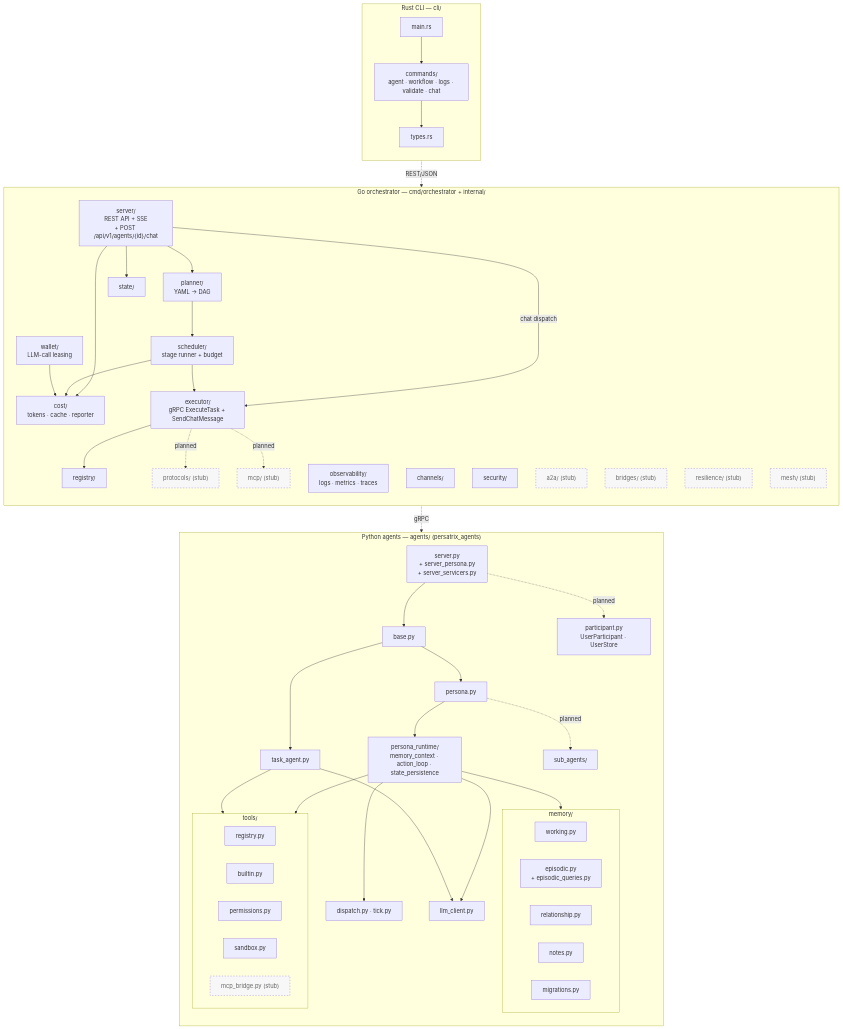
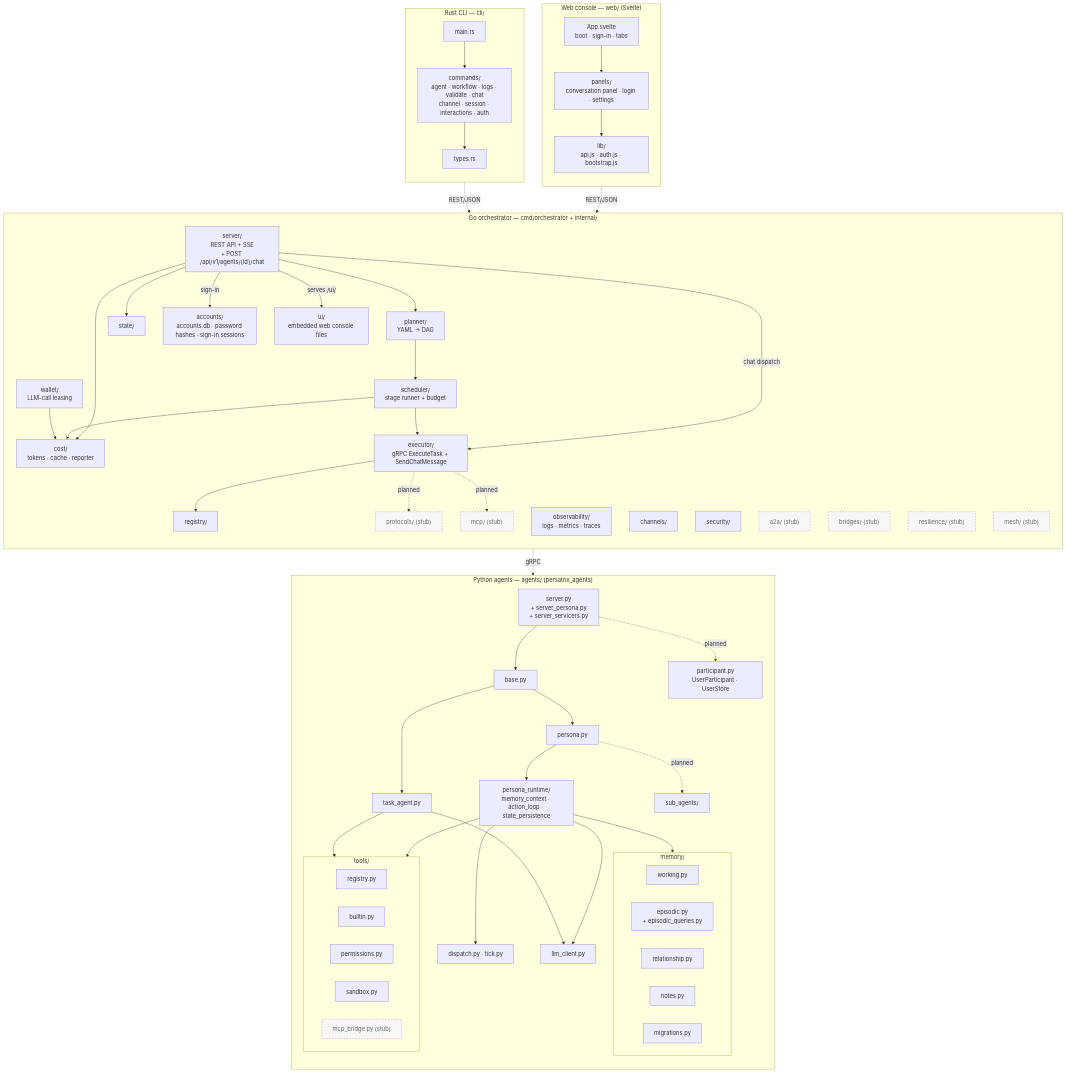
Before and after one commit to mkhomutov/Persatrix: the diagram in docs/diagrams/component-architecture.md, drawn with Mermaid. The commit also changed other lines of this file and 3 other files, not shown here.

First line of the commit message:
docs(diagrams): draw accounts, the web console, the wallet and CLI commands

```diff
--- a/docs/diagrams/component-architecture.md
+++ b/docs/diagrams/component-architecture.md
@@ -9,10 +9,19 @@
     subgraph Rust["Rust CLI — cli/"]
         direction TB
         MAIN["main.rs"]
-        CMD["commands/<br/>agent · workflow · logs · validate · chat"]
+        CMD["commands/<br/>agent · workflow · logs · validate · chat<br/>channel · session · interactions · auth"]
         TYPES["types.rs"]
         MAIN --> CMD
         CMD --> TYPES
+    end
+
+    subgraph Web["Web console — web/ (Svelte)"]
+        direction TB
+        WAPP["App.svelte<br/>boot · sign-in · tabs"]
+        WPANELS["panels/<br/>conversation panel · login · settings"]
+        WLIB["lib/<br/>api.js · auth.js · bootstrap.js"]
+        WAPP --> WPANELS
+        WPANELS --> WLIB
     end
 
     subgraph Go["Go orchestrator — cmd/orchestrator + internal/"]
@@ -28,6 +37,8 @@
         TELE["observability/<br/>logs · metrics · traces"]
         CHAN["channels/"]
         SEC["security/"]
+        ACCOUNTS["accounts/<br/>accounts.db · password hashes · sign-in sessions"]
+        UI["ui/<br/>embedded web console files"]
 
         A2A["a2a/ (stub)"]:::stub
         BRIDGES["bridges/ (stub)"]:::stub
@@ -40,6 +51,8 @@
         SERVER --> STATE
         SERVER --> COST
         SERVER -->|chat dispatch| EXECUTOR
+        SERVER -->|sign-in| ACCOUNTS
+        SERVER -->|serves /ui/| UI
         PLANNER --> SCHEDULER
         SCHEDULER --> EXECUTOR
         SCHEDULER --> COST
@@ -92,6 +105,7 @@
     end
 
     Rust -.->|REST/JSON| Go
+    Web -.->|REST/JSON| Go
     Go -.->|gRPC| Py
 
     classDef stub stroke-dasharray: 4 4,fill:#f7f7f7,color:#666
```
